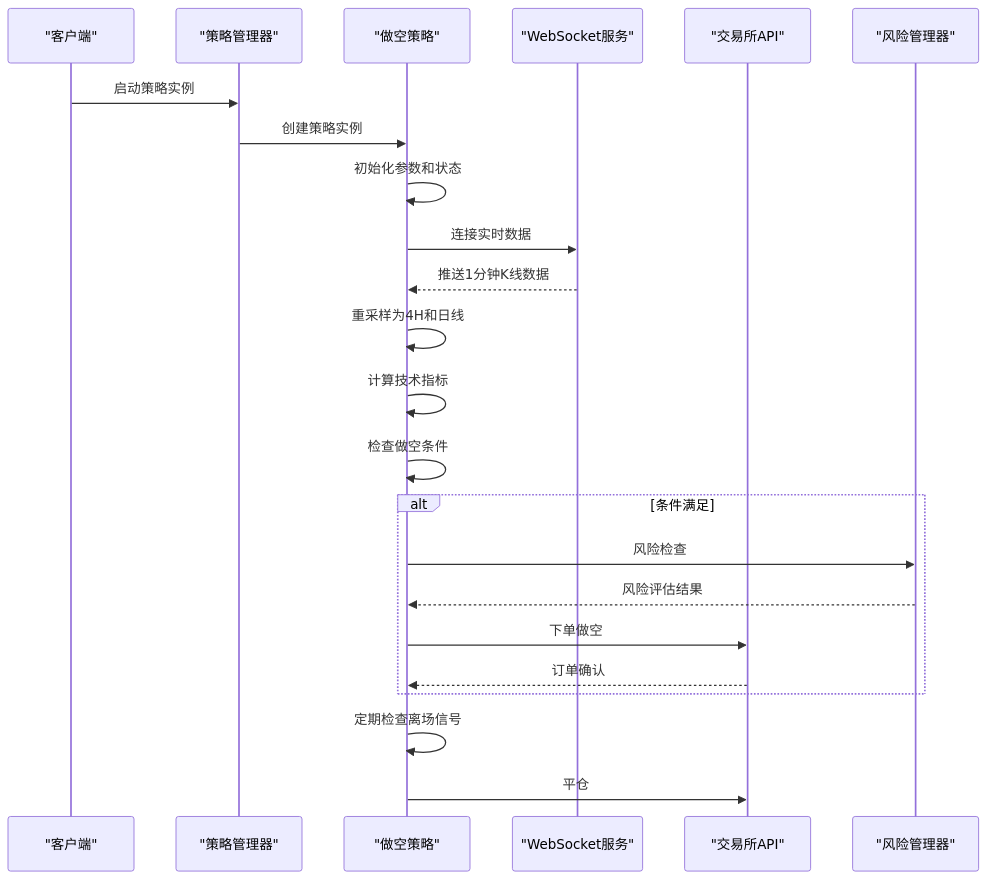
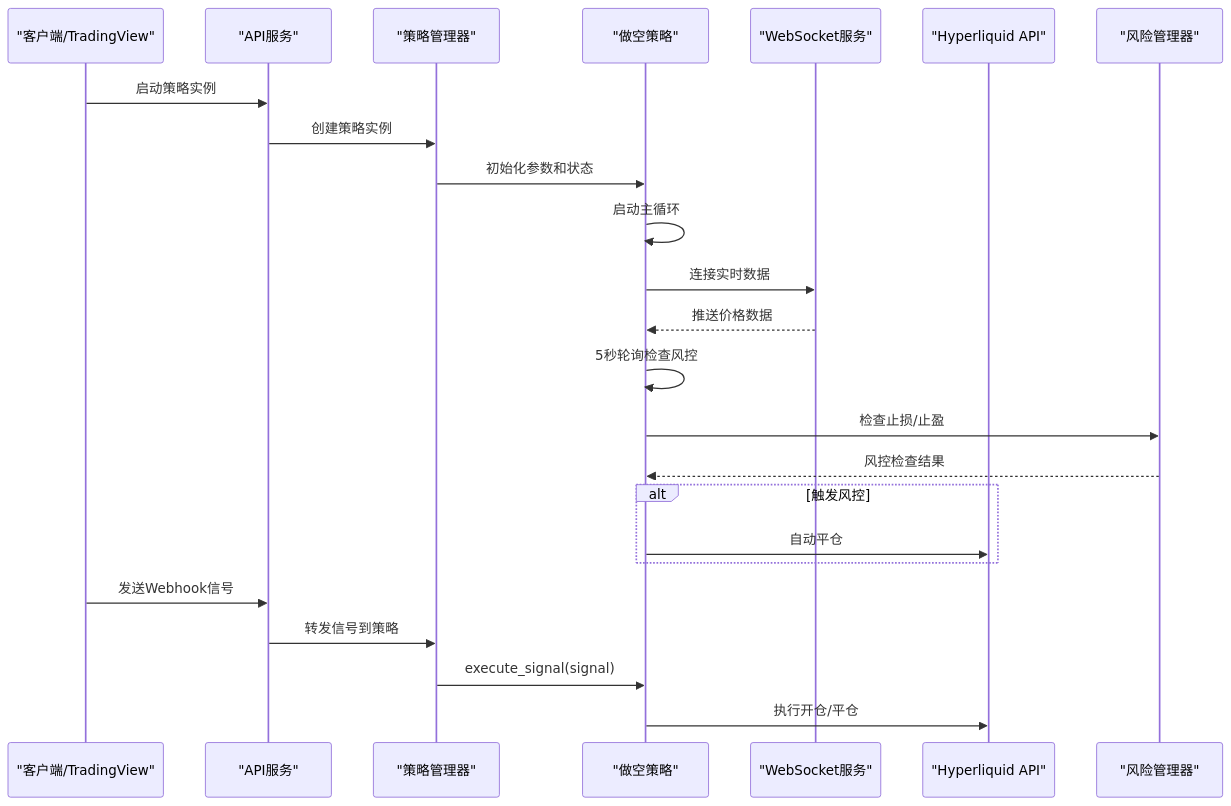
One commit to zyf266/ending changed the fourth of 9 diagrams in .qoder/repowiki/zh/content/核心模块详解/策略框架/具体策略实现/HYPE自适应做空策略.md. Above: the diagram before and after it, drawn with Mermaid. The commit also changed other lines of this file and 40 other files, not shown here.

````diff
--- a/.qoder/repowiki/zh/content/核心模块详解/策略框架/具体策略实现/HYPE自适应做空策略.md
+++ b/.qoder/repowiki/zh/content/核心模块详解/策略框架/具体策略实现/HYPE自适应做空策略.md
@@ -125,25 +169,26 @@
 ```mermaid
 sequenceDiagram
-participant Client as "客户端"
+participant Client as "客户端/TradingView"
+participant API as "API服务"
 participant Manager as "策略管理器"
 participant Strategy as "做空策略"
 participant WebSocket as "WebSocket服务"
-participant Exchange as "交易所API"
+participant Exchange as "Hyperliquid API"
 participant RiskMgr as "风险管理器"
-Client->>Manager : 启动策略实例
-Manager->>Strategy : 创建策略实例
-Strategy->>Strategy : 初始化参数和状态
+Client->>API : 启动策略实例
+API->>Manager : 创建策略实例
+Manager->>Strategy : 初始化参数和状态
+Strategy->>Strategy : 启动主循环
 Strategy->>WebSocket : 连接实时数据
-WebSocket-->>Strategy : 推送1分钟K线数据
-Strategy->>Strategy : 重采样为4H和日线
-Strategy->>Strategy : 计算技术指标
-Strategy->>Strategy : 检查做空条件
-alt 条件满足
-Strategy->>RiskMgr : 风险检查
-RiskMgr-->>Strategy : 风险评估结果
-Strategy->>Exchange : 下单做空
-Exchange-->>Strategy : 订单确认
+WebSocket-->>Strategy : 推送价格数据
+Strategy->>Strategy : 5秒轮询检查风控
+Strategy->>RiskMgr : 检查止损/止盈
+RiskMgr-->>Strategy : 风控检查结果
+alt 触发风控
+Strategy->>Exchange : 自动平仓
 end
-Strategy->>Strategy : 定期检查离场信号
-Strategy->>Exchange : 平仓
+Client->>API : 发送Webhook信号
+API->>Manager : 转发信号到策略
+Manager->>Strategy : execute_signal(signal)
+Strategy->>Exchange : 执行开仓/平仓
 ```
````
